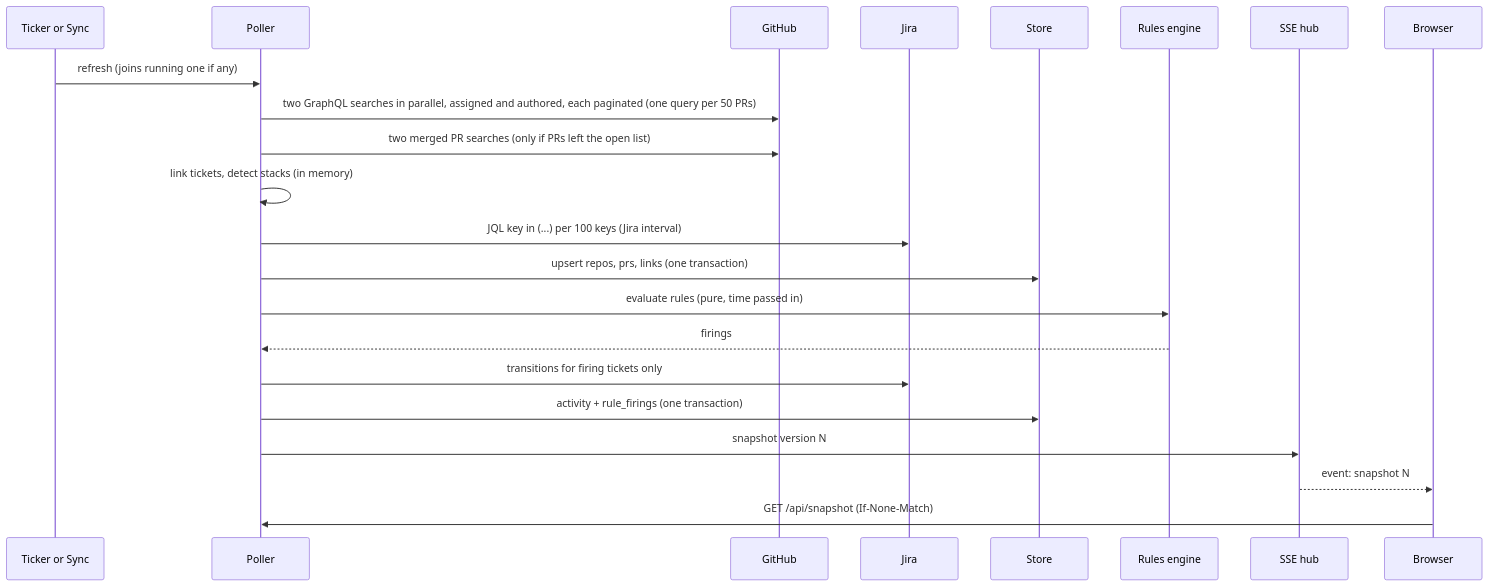
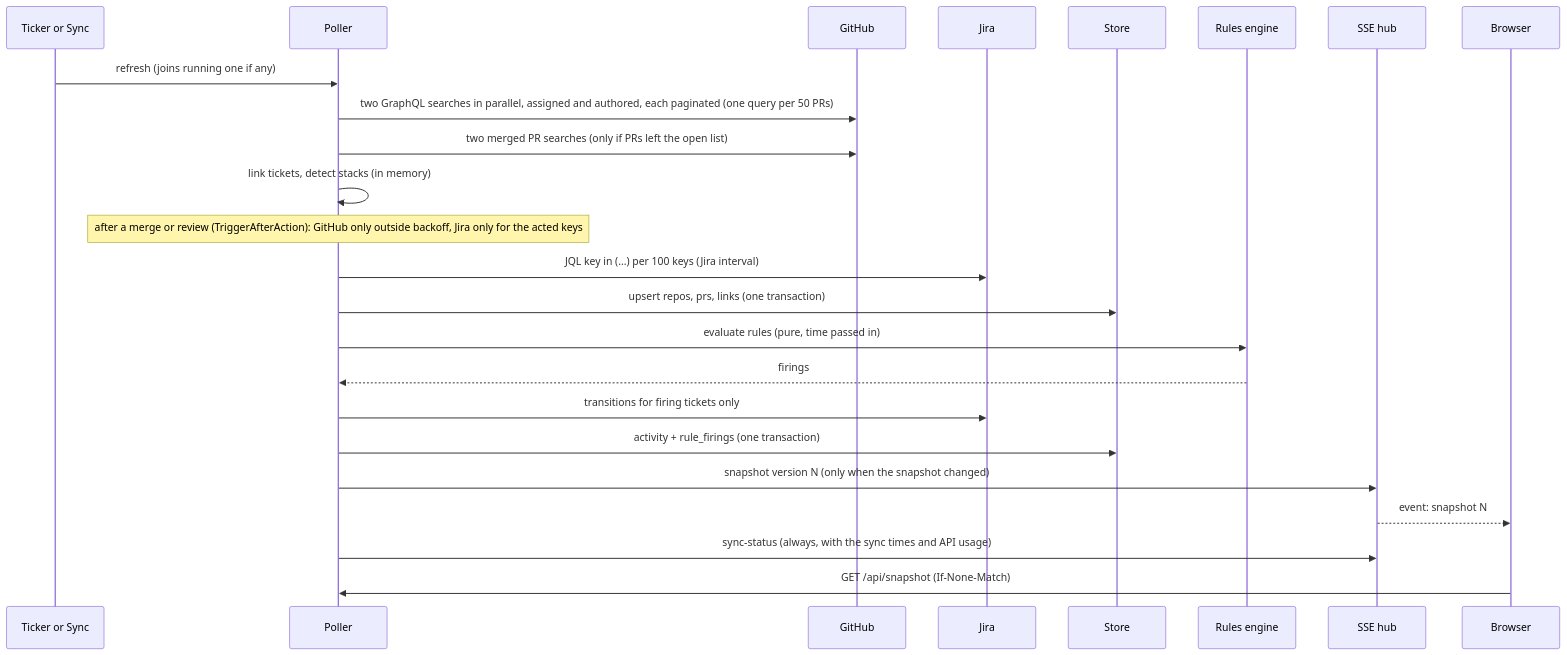
The second of 3 diagrams in docs/architecture.md (ATP-MiNTo/PRDashboards), drawn with Mermaid before and after one commit. The commit also changed other lines of this file and 27 other files, not shown here.

First line of the commit message:
perf: keep the snapshot version on refreshes that change nothing, serve it gzip, and narrow the refresh after an action

````diff
--- a/docs/architecture.md
+++ b/docs/architecture.md
@@ -53,25 +53,27 @@
 ```mermaid
 sequenceDiagram
   participant T as Ticker or Sync
   participant P as Poller
   participant G as GitHub
   participant J as Jira
   participant S as Store
   participant R as Rules engine
   participant H as SSE hub
   participant B as Browser
 
   T->>P: refresh (joins running one if any)
   P->>G: two GraphQL searches in parallel, assigned and authored, each paginated (one query per 50 PRs)
   P->>G: two merged PR searches (only if PRs left the open list)
   P->>P: link tickets, detect stacks (in memory)
+  Note over P: after a merge or review (TriggerAfterAction): GitHub only outside backoff, Jira only for the acted keys
   P->>J: JQL key in (...) per 100 keys (Jira interval)
   P->>S: upsert repos, prs, links (one transaction)
   P->>R: evaluate rules (pure, time passed in)
   R-->>P: firings
   P->>J: transitions for firing tickets only
   P->>S: activity + rule_firings (one transaction)
-  P->>H: snapshot version N
+  P->>H: snapshot version N (only when the snapshot changed)
   H-->>B: event: snapshot N
+  P->>H: sync-status (always, with the sync times and API usage)
   B->>P: GET /api/snapshot (If-None-Match)
 ```
````
